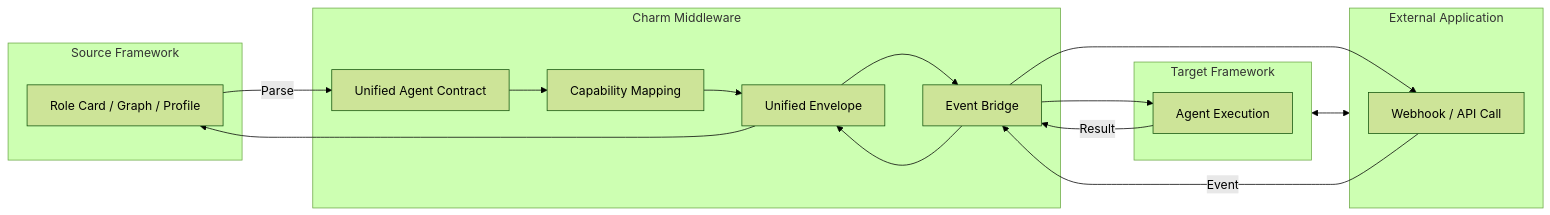
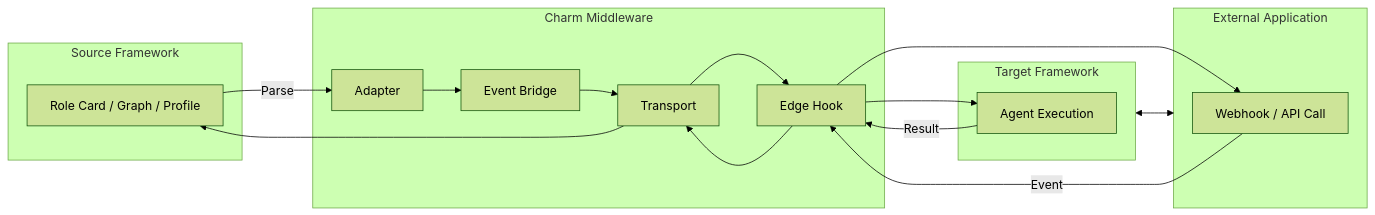
One commit to CharmAIOS/CharmOS changed the diagram in Charm v1/ARCHITECTURE.md. Above: the diagram before and after it, drawn with Mermaid (forest theme). The commit also changed other lines of this file, not shown here.

````diff
--- a/Charm v1/ARCHITECTURE.md
+++ b/Charm v1/ARCHITECTURE.md
@@ -2,32 +2,32 @@
 ```mermaid
 flowchart LR
     subgraph FrameworkA["Source Framework"]
         A1[Role Card / Graph / Profile]
     end
 
     subgraph Charm["Charm Middleware"]
-        C1[Unified Agent Contract]
-        C2[Capability Mapping]
-        C4[Unified Envelope]
-        C5[Event Bridge]
+        C1[Adapter]
+        C2[Event Bridge]
+        C4[Transport]
+        C5[Edge Hook]
     end
 
     subgraph FrameworkB["Target Framework"]
         B1[Agent Execution]
     end
 
     subgraph ExternalApp["External Application"]
         E1[Webhook / API Call]
     end
 
     %% Flow
     A1 -->|Parse| C1
     C1 --> C2
     C2 --> C4
     C4 --> C5
     C5 --> E1 -->|Event| C5 --> B1
     B1 -->|Result| C5 --> C4 --> A1
 
     %% Extra arrow
     FrameworkB <--> ExternalApp
 ```
````
